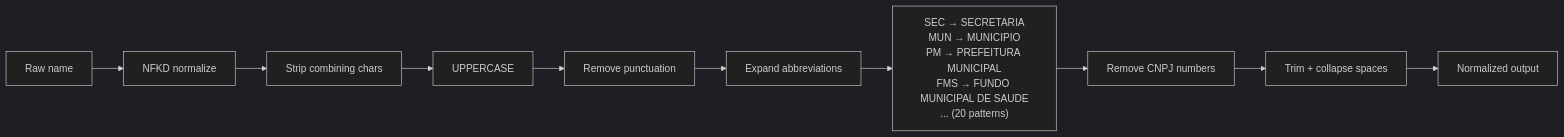
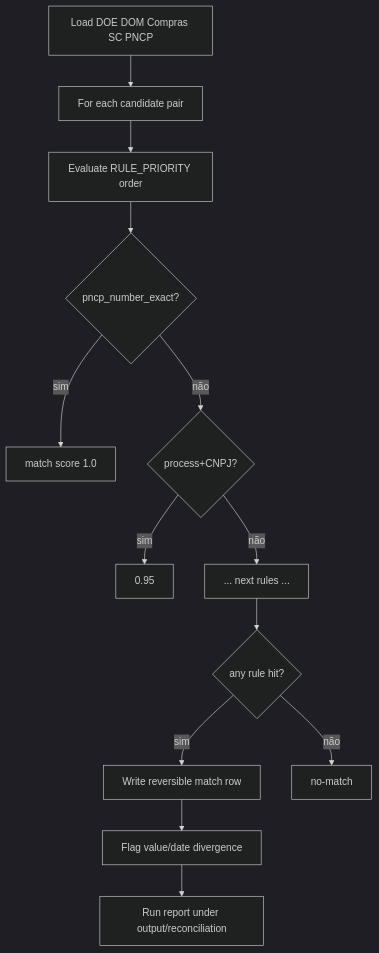
Before and after one commit to tjsasakifln/extra-cli: the second of 2 diagrams in _reversa_sdd/flowcharts/matching.md, drawn with Mermaid (dark theme). The commit also changed other lines of this file and 164 other files, not shown here.

````diff
--- a/_reversa_sdd/flowcharts/matching.md
+++ b/_reversa_sdd/flowcharts/matching.md
@@ -77,12 +24,15 @@
 ```mermaid
-flowchart LR
-    A[Raw name] --> B[NFKD normalize]
-    B --> C[Strip combining chars]
-    C --> D[UPPERCASE]
-    D --> E[Remove punctuation]
-    E --> F[Expand abbreviations]
-    F --> G["SEC → SECRETARIA\nMUN → MUNICIPIO\nPM → PREFEITURA MUNICIPAL\nFMS → FUNDO MUNICIPAL DE SAUDE\n... (20 patterns)"]
-    G --> H[Remove CNPJ numbers]
-    H --> I[Trim + collapse spaces]
-    I --> J[Normalized output]
+flowchart TD
+    A[Load DOE DOM Compras SC PNCP] --> B[For each candidate pair]
+    B --> C[Evaluate RULE_PRIORITY order]
+    C --> D{pncp_number_exact?}
+    D -->|sim| E[match score 1.0]
+    D -->|não| F{process+CNPJ?}
+    F -->|sim| G[0.95]
+    F -->|não| H[... next rules ...]
+    H --> I{any rule hit?}
+    I -->|sim| J[Write reversible match row]
+    I -->|não| K[no-match]
+    J --> L[Flag value/date divergence]
+    L --> M[Run report under output/reconciliation]
 ```
````
